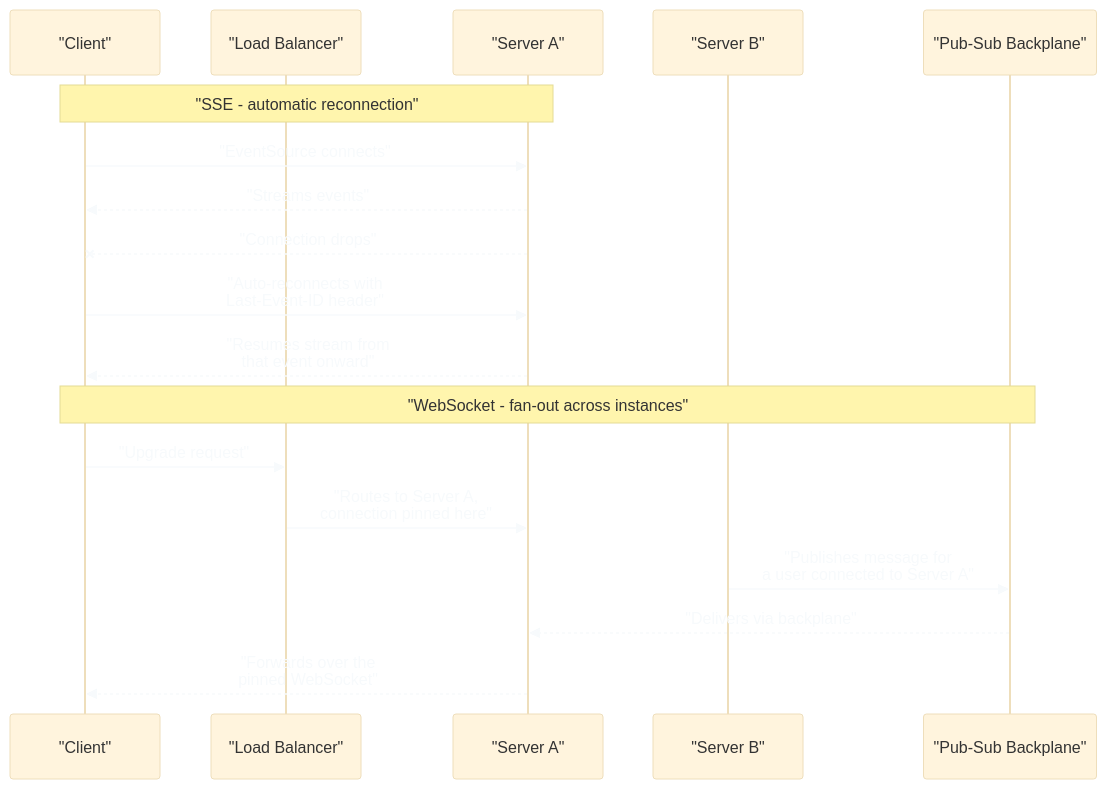
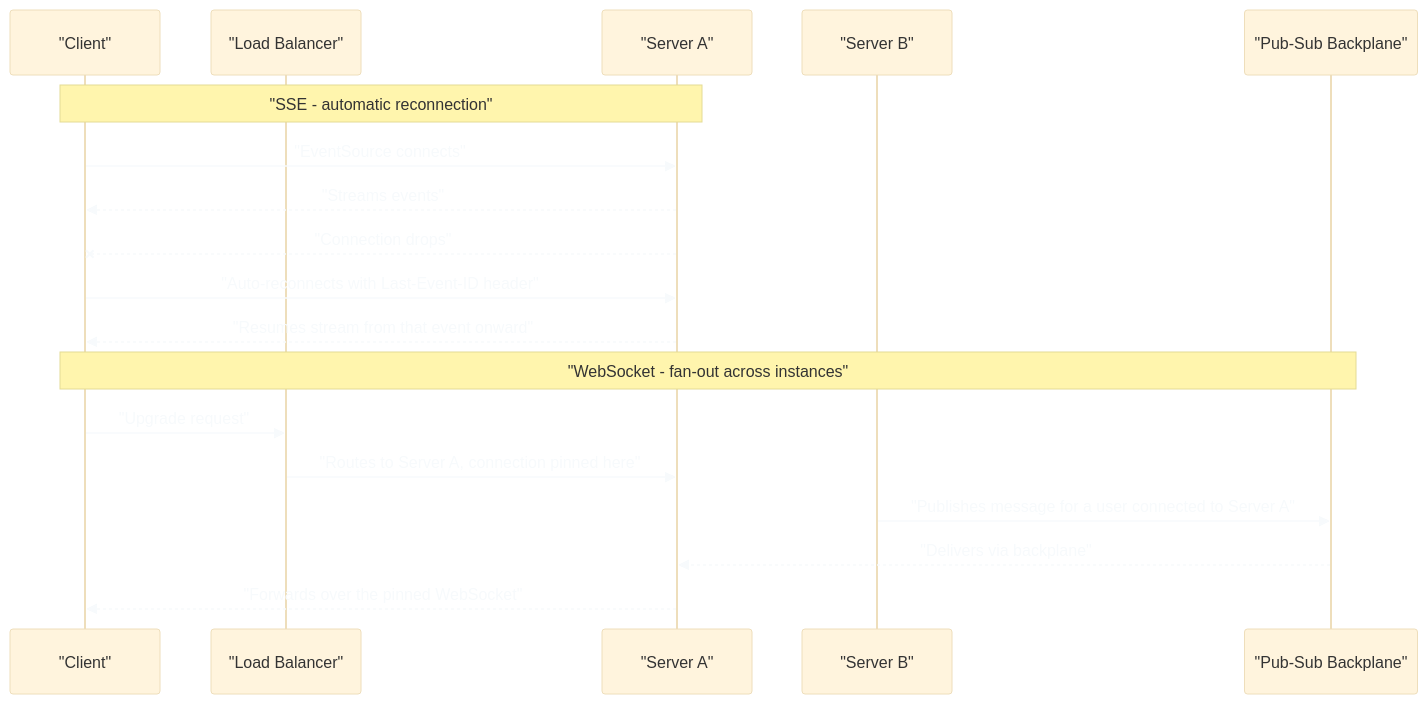
One commit to vinayakhumberi/litmus changed the second of 2 diagrams in data/topics/websockets-sse-polling.md. Above: the diagram before and after it, drawn with Mermaid. The commit also changed other lines of this file and 68 other files, not shown here.

````diff
--- a/data/topics/websockets-sse-polling.md
+++ b/data/topics/websockets-sse-polling.md
@@ -128,23 +128,23 @@
 ```mermaid
 %%{init: {"theme": "base", "themeVariables": {"lineColor": "#a0aec0", "edgeLabelBackground": "#2d3748", "textColor": "#f7fafc"}}}%%
 sequenceDiagram
     participant C as "Client"
     participant LB as "Load Balancer"
     participant S1 as "Server A"
     participant S2 as "Server B"
     participant PS as "Pub-Sub Backplane"
 
     Note over C,S1: "SSE - automatic reconnection"
     C->>S1: "EventSource connects"
     S1-->>C: "Streams events"
     S1--xC: "Connection drops"
-    C->>S1: "Auto-reconnects with<br>Last-Event-ID header"
-    S1-->>C: "Resumes stream from<br>that event onward"
+    C->>S1: "Auto-reconnects with Last-Event-ID header"
+    S1-->>C: "Resumes stream from that event onward"
 
     Note over C,PS: "WebSocket - fan-out across instances"
     C->>LB: "Upgrade request"
-    LB->>S1: "Routes to Server A,<br>connection pinned here"
-    S2->>PS: "Publishes message for<br>a user connected to Server A"
+    LB->>S1: "Routes to Server A, connection pinned here"
+    S2->>PS: "Publishes message for a user connected to Server A"
     PS-->>S1: "Delivers via backplane"
-    S1-->>C: "Forwards over the<br>pinned WebSocket"
+    S1-->>C: "Forwards over the pinned WebSocket"
 ```
````
